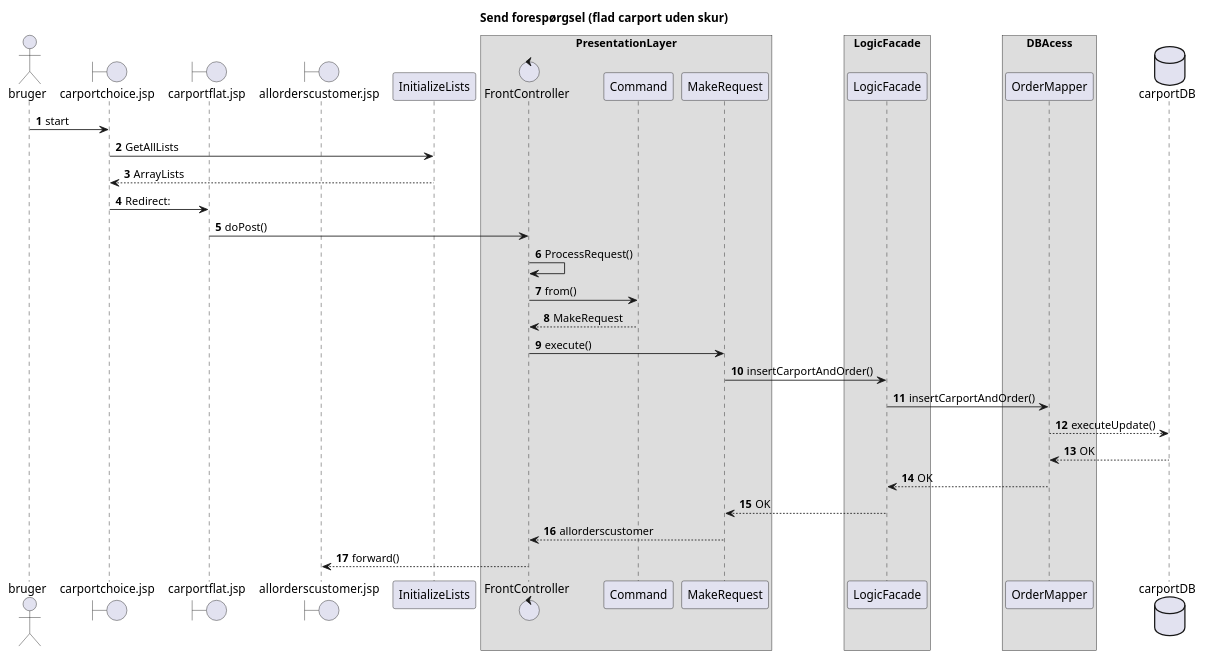
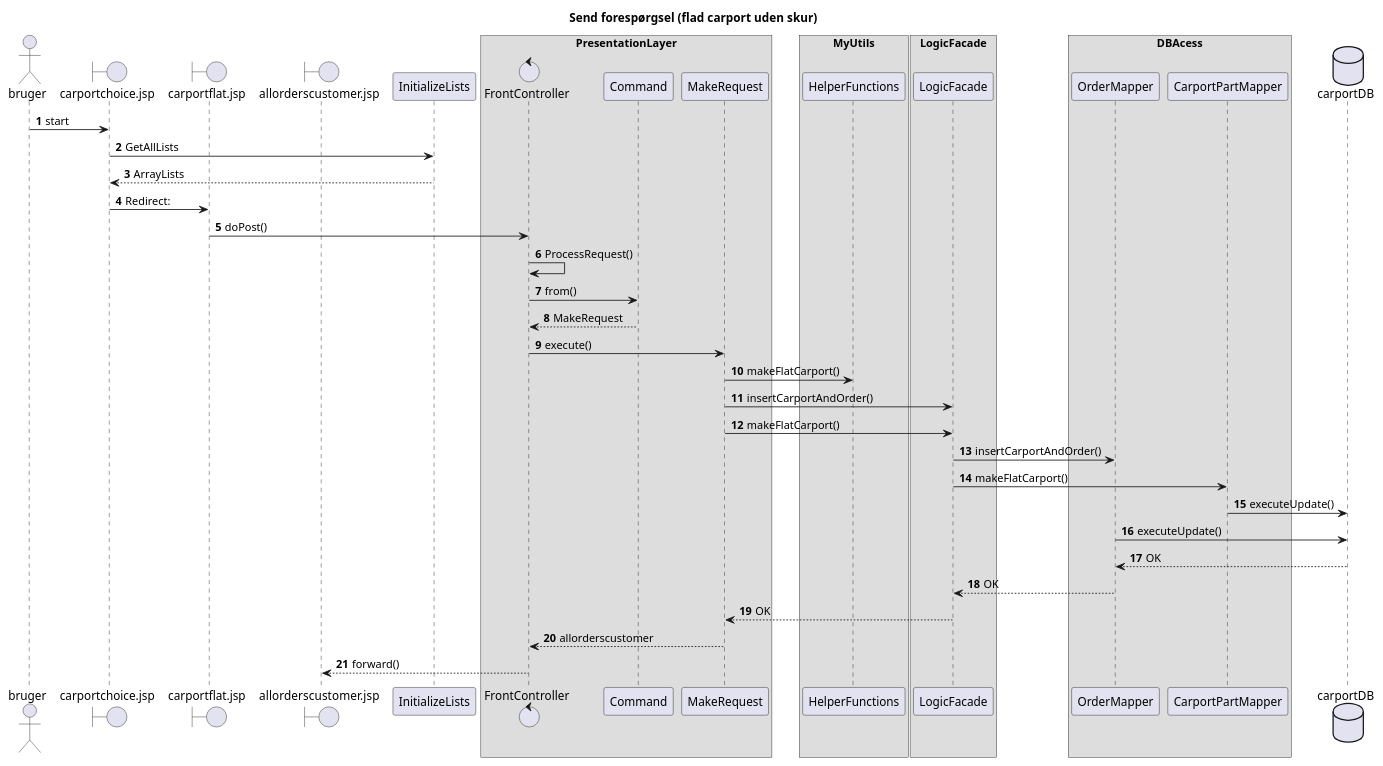
The diagram in Projektskabelon-master/src/main/plantuml/sequenceInsertRequest.puml (LukasBangStoltz/Carport), drawn with PlantUML before and after one commit. The commit also changed 1 other file, not shown here.

```diff
--- a/Projektskabelon-master/src/main/plantuml/sequenceInsertRequest.puml
+++ b/Projektskabelon-master/src/main/plantuml/sequenceInsertRequest.puml
@@ -1,52 +1,62 @@
 @startuml
 
 autonumber
 Title Send forespørgsel (flad carport uden skur)
 actor bruger
 
 boundary carportchoice.jsp
 boundary carportflat.jsp
 boundary allorderscustomer.jsp
 
 bruger -> carportchoice.jsp: start
 carportchoice.jsp -> InitializeLists: GetAllLists
 InitializeLists --> carportchoice.jsp: ArrayLists
 carportchoice.jsp -> carportflat.jsp: Redirect:
 
 box PresentationLayer
 control FrontController
 carportflat.jsp -> FrontController: doPost()
 FrontController -> FrontController: ProcessRequest()
 FrontController -> Command: from()
 Command --> FrontController: MakeRequest
 FrontController -> MakeRequest: execute()
 end box
 
+box MyUtils
+
+MakeRequest -> HelperFunctions: makeFlatCarport()
+
+end box
+
+
 box LogicFacade
 MakeRequest -> LogicFacade: insertCarportAndOrder()
+MakeRequest -> LogicFacade: makeFlatCarport()
 end box
 
 box DBAcess
 LogicFacade -> OrderMapper: insertCarportAndOrder()
+LogicFacade -> CarportPartMapper: makeFlatCarport()
 end box
 
 
 database carportDB
-OrderMapper --> carportDB: executeUpdate()
+CarportPartMapper -> carportDB: executeUpdate()
+OrderMapper -> carportDB: executeUpdate()
 carportDB --> OrderMapper: OK
 OrderMapper --> LogicFacade: OK
 LogicFacade --> MakeRequest: OK
 MakeRequest --> FrontController: allorderscustomer
 FrontController --> allorderscustomer.jsp: forward()
 
 
 
 
 
 
 
 
 
 
 
 @enduml
```
